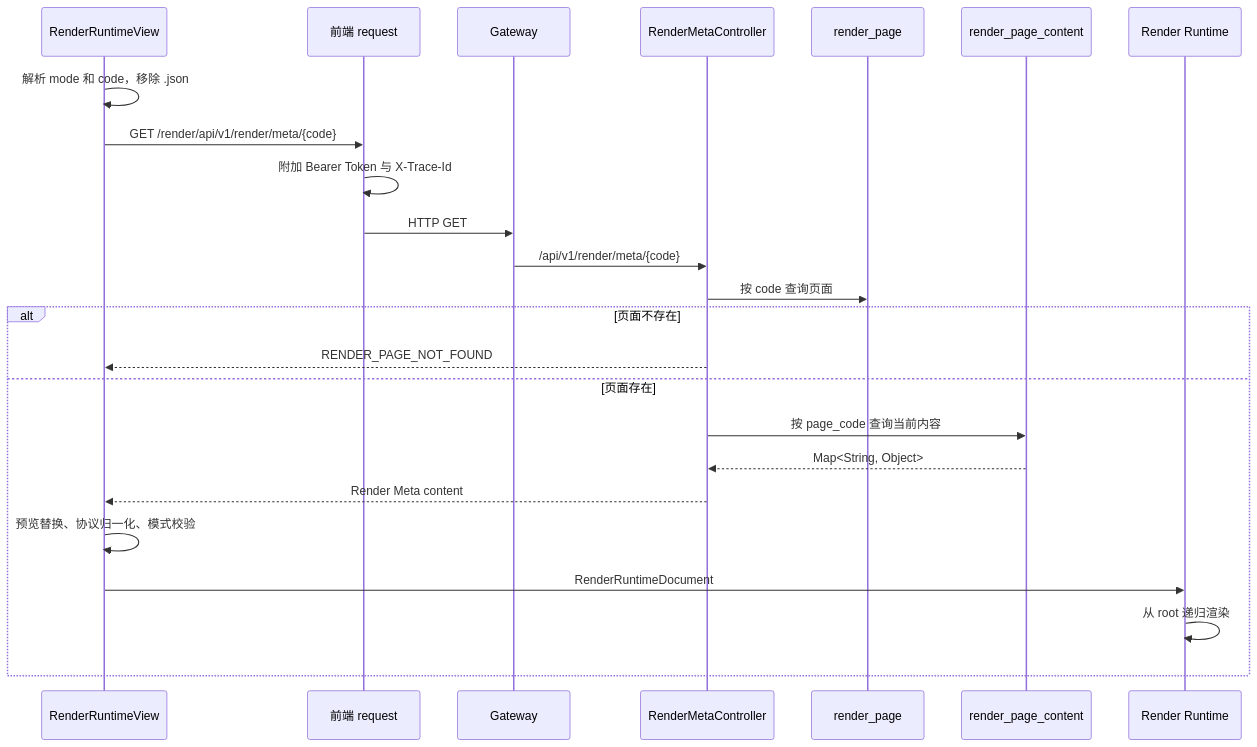
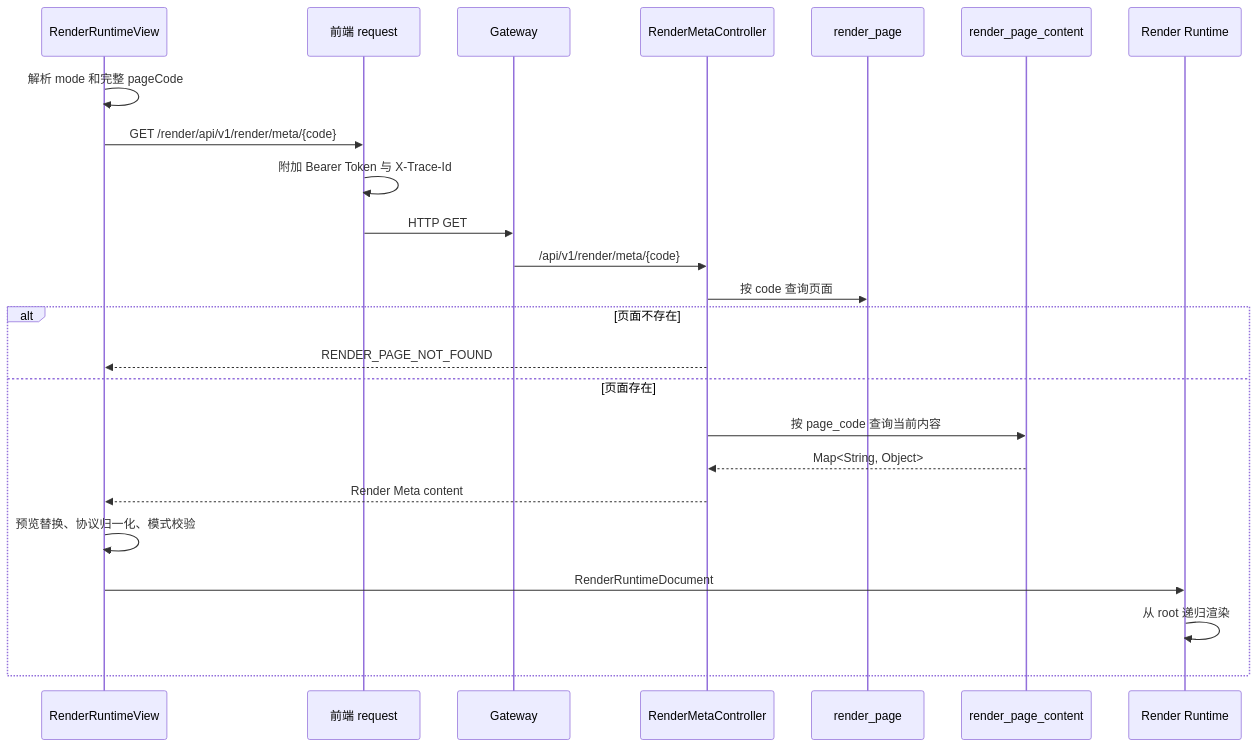
Before and after one commit to jouzitong/ai-assit-platform: the second of 5 diagrams in docs/technical/render-json/architecture-and-interaction.md, drawn with Mermaid. The commit also changed other lines of this file and 32 other files, not shown here.

````diff
--- a/docs/technical/render-json/architecture-and-interaction.md
+++ b/docs/technical/render-json/architecture-and-interaction.md
@@ -51,27 +51,27 @@
 ```mermaid
 sequenceDiagram
     participant Browser as RenderRuntimeView
     participant Request as 前端 request
     participant Gateway as Gateway
     participant Render as RenderMetaController
     participant Page as render_page
     participant Content as render_page_content
     participant Runtime as Render Runtime
 
-    Browser->>Browser: 解析 mode 和 code，移除 .json
+    Browser->>Browser: 解析 mode 和完整 pageCode
     Browser->>Request: GET /render/api/v1/render/meta/{code}
     Request->>Request: 附加 Bearer Token 与 X-Trace-Id
     Request->>Gateway: HTTP GET
     Gateway->>Render: /api/v1/render/meta/{code}
     Render->>Page: 按 code 查询页面
     alt 页面不存在
         Render-->>Browser: RENDER_PAGE_NOT_FOUND
     else 页面存在
         Render->>Content: 按 page_code 查询当前内容
         Content-->>Render: Map<String, Object>
         Render-->>Browser: Render Meta content
         Browser->>Browser: 预览替换、协议归一化、模式校验
         Browser->>Runtime: RenderRuntimeDocument
         Runtime->>Runtime: 从 root 递归渲染
     end
 ```
````
